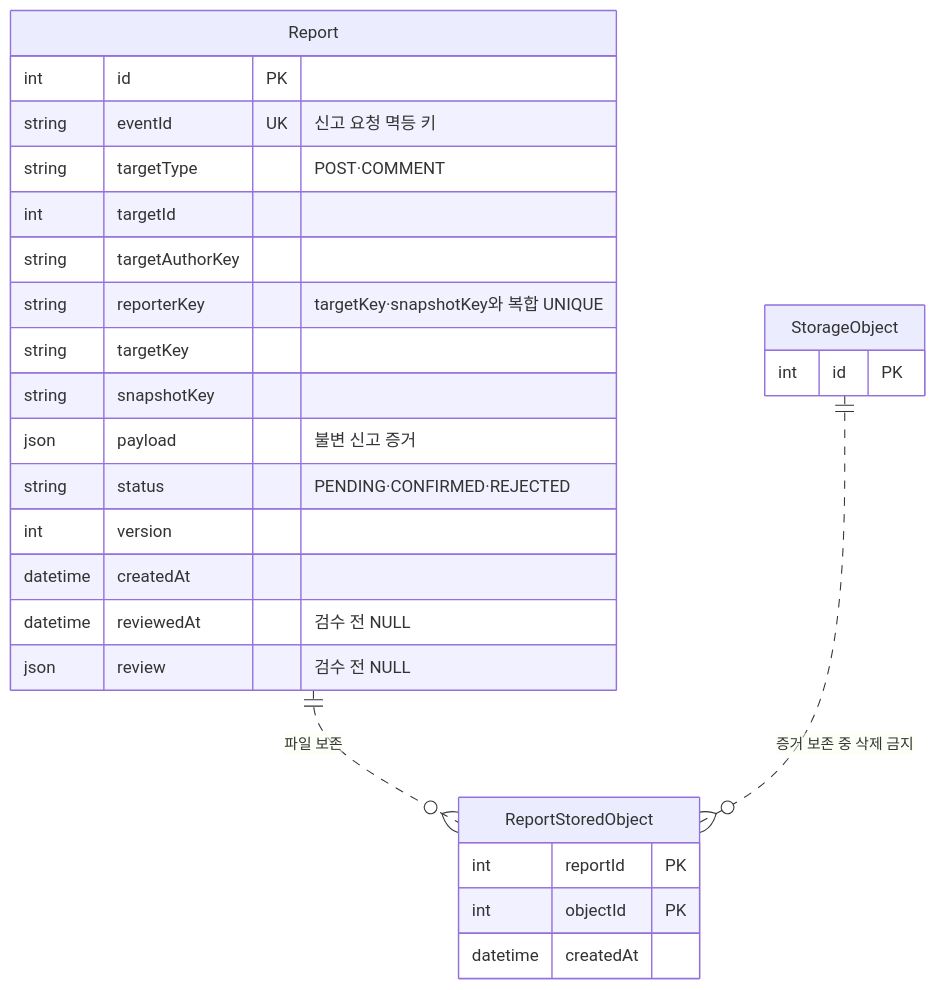
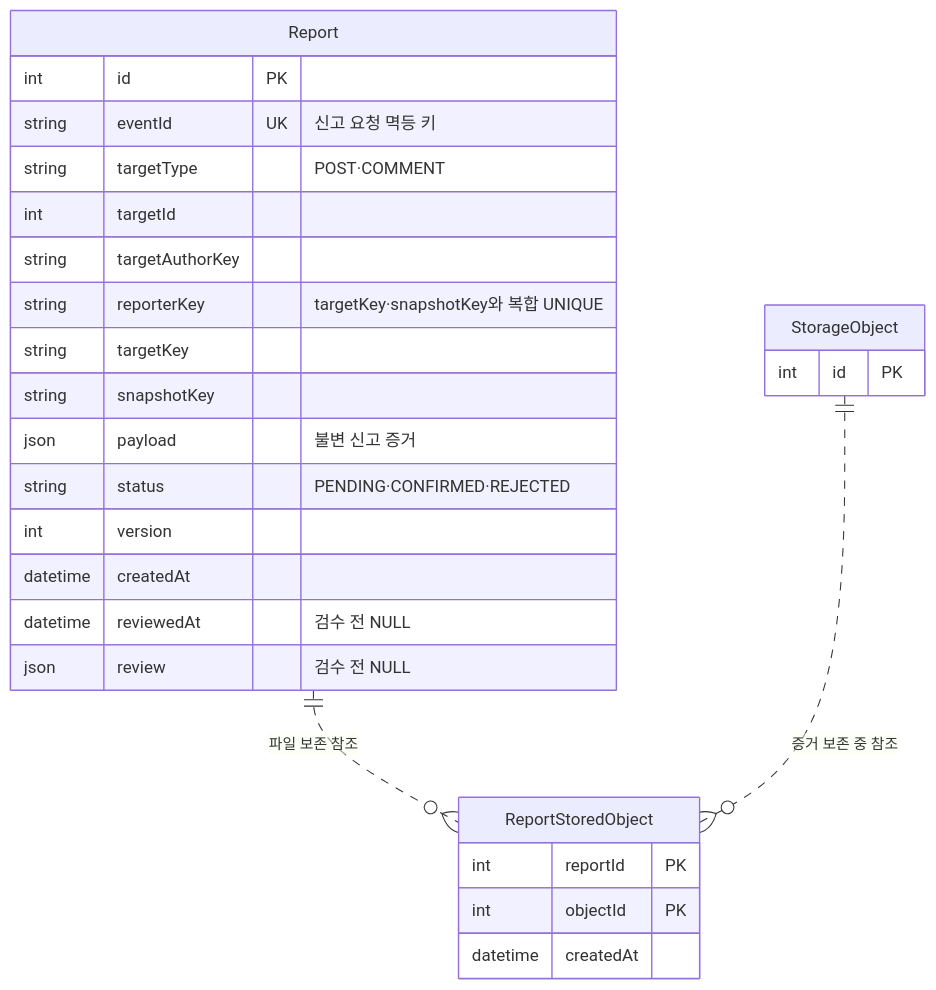
Before and after one commit to luke0408/blog-erd: diagram 12 of 12 in docs/report-management.md, drawn with Mermaid. The commit also changed other lines of this file and 5 other files, not shown here.

Commit message:
docs(erd): reorder student questions by design requirements

````diff
--- a/docs/report-management.md
+++ b/docs/report-management.md
@@ -367,29 +364,29 @@
 ```mermaid
 erDiagram
     Report {
         int id PK
         string eventId UK "신고 요청 멱등 키"
         string targetType "POST·COMMENT"
         int targetId
         string targetAuthorKey
         string reporterKey "targetKey·snapshotKey와 복합 UNIQUE"
         string targetKey
         string snapshotKey
         json payload "불변 신고 증거"
         string status "PENDING·CONFIRMED·REJECTED"
         int version
         datetime createdAt
         datetime reviewedAt "검수 전 NULL"
         json review "검수 전 NULL"
     }
     ReportStoredObject {
         int reportId PK
         int objectId PK
         datetime createdAt
     }
     StorageObject {
         int id PK
     }
-    Report ||..o{ ReportStoredObject : "파일 보존"
-    StorageObject ||..o{ ReportStoredObject : "증거 보존 중 삭제 금지"
+    Report ||..o{ ReportStoredObject : "파일 보존 참조"
+    StorageObject ||..o{ ReportStoredObject : "증거 보존 중 참조"
 ```
````
